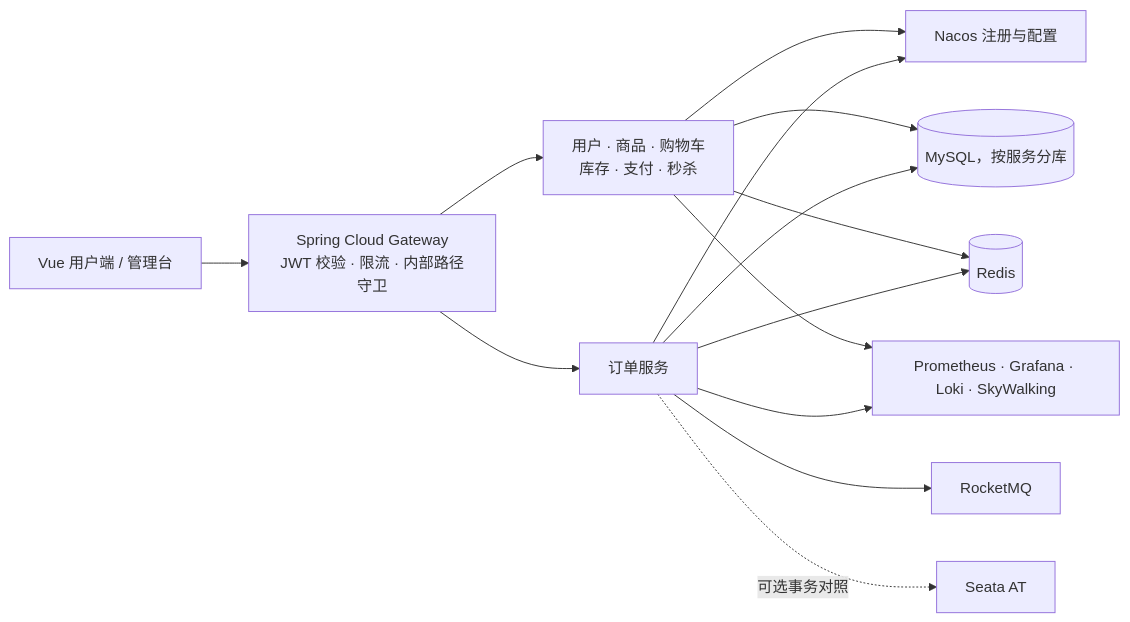
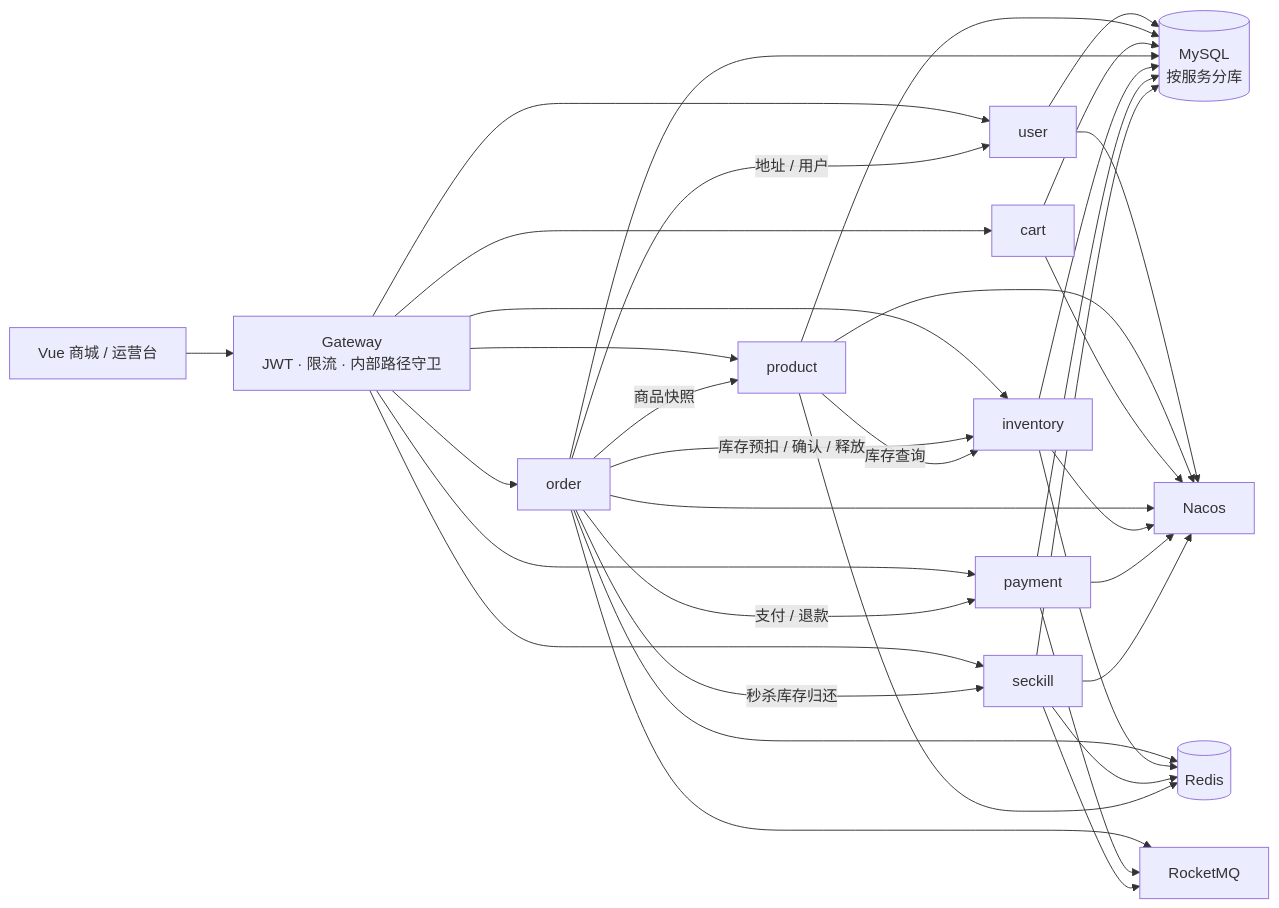
Before and after one commit to zeng-bohan/aurora-mall: the first of 2 diagrams in README.md, drawn with Mermaid. The commit also changed other lines of this file and 405 other files, not shown here.

````diff
--- a/README.md
+++ b/README.md
@@ -54,16 +78,21 @@
-~~~mermaid
+```mermaid
 flowchart LR
-    Web[Vue 用户端 / 管理台] --> GW[Spring Cloud Gateway<br/>JWT 校验 · 限流 · 内部路径守卫]
-    GW --> S[用户 · 商品 · 购物车<br/>库存 · 支付 · 秒杀]
-    GW --> O[订单服务]
-    S --> N[Nacos 注册与配置]
-    O --> N
-    S --> DB[(MySQL，按服务分库)]
-    O --> DB
-    S --> R[(Redis)]
-    O --> R
-    O --> MQ[RocketMQ]
-    O -. 可选事务对照 .-> SEATA[Seata AT]
-    S --> OBS[Prometheus · Grafana · Loki · SkyWalking]
-    O --> OBS
-~~~
+    Web[Vue 商城 / 运营台] --> GW[Gateway<br/>JWT · 限流 · 内部路径守卫]
+    GW --> U[user]
+    GW --> P[product]
+    GW --> C[cart]
+    GW --> O[order]
+    GW --> I[inventory]
+    GW --> PAY[payment]
+    GW --> S[seckill]
+    O -->|地址 / 用户| U
+    O -->|商品快照| P
+    O -->|库存预扣 / 确认 / 释放| I
+    O -->|支付 / 退款| PAY
+    O -->|秒杀库存归还| S
+    P -->|库存查询| I
+    U & P & C & O & I & PAY & S --> DB[(MySQL<br/>按服务分库)]
+    O & I & S & P --> R[(Redis)]
+    O & PAY & S --> MQ[RocketMQ]
+    U & P & C & O & I & PAY & S --> N[Nacos]
+```
````
